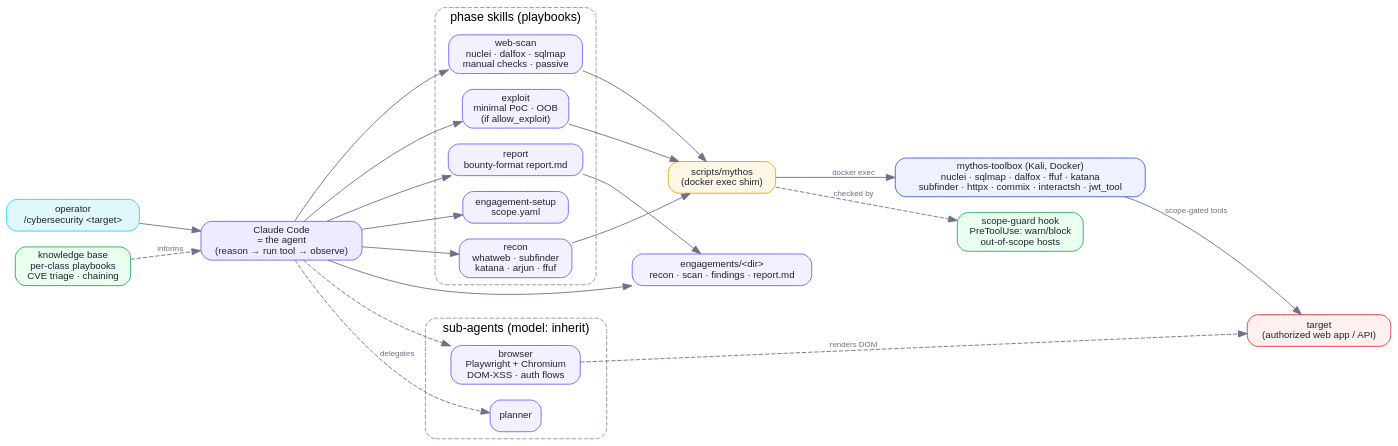
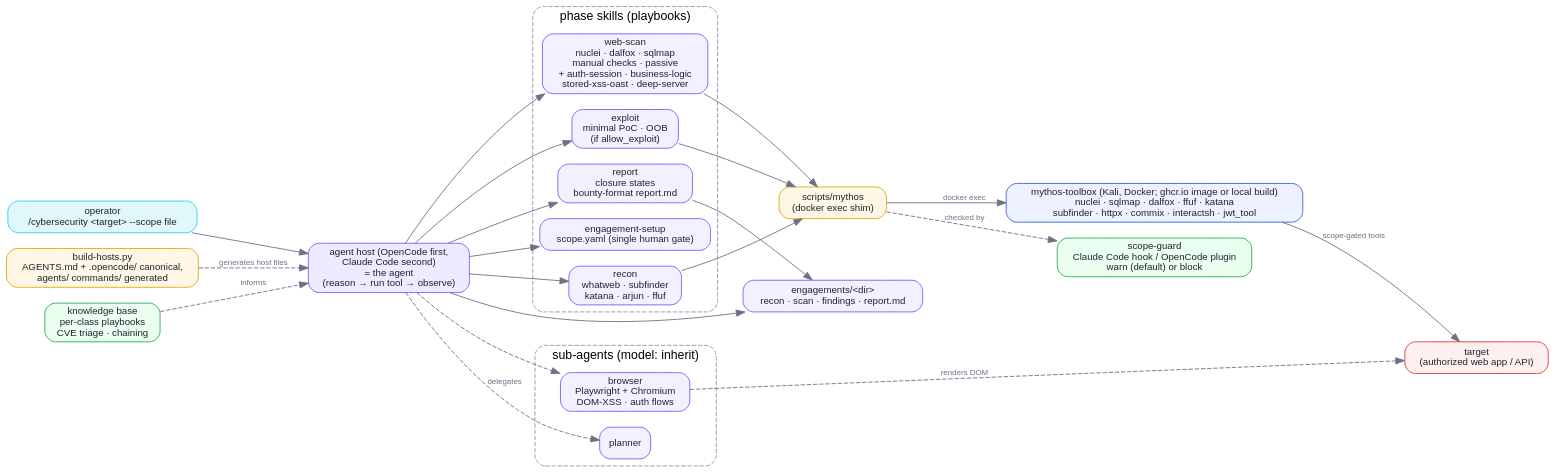
One commit to raphaelbleier/mythos-sec changed the diagram in docs/assets/architecture.dot. Above: the diagram before and after it, drawn with Graphviz. The commit also changed 7 other files, not shown here.

Commit message:
docs: OpenCode-first install, refreshed architecture, poster, roadmap, limitations

```diff
--- a/docs/assets/architecture.dot
+++ b/docs/assets/architecture.dot
@@ -1,48 +1,50 @@
 // Mythos architecture — render: dot -Tsvg architecture.dot -o architecture.svg
 digraph mythos {
   rankdir=LR;
   bgcolor="transparent";
   node [shape=box, style="rounded,filled", fontname="Helvetica", fontsize=11,
         color="#6d5efc", fillcolor="#f3f1ff", fontcolor="#1f2430"];
   edge [color="#6d7086", fontname="Helvetica", fontsize=9, fontcolor="#6d7086"];
 
-  user [label="operator\n/cybersecurity <target>", fillcolor="#e0f7fb", color="#22d3ee"];
+  user [label="operator\n/cybersecurity <target> --scope file", fillcolor="#e0f7fb", color="#22d3ee"];
 
-  cc [label="Claude Code\n= the agent\n(reason → run tool → observe)", fillcolor="#efeaff", color="#6d5efc"];
+  cc [label="agent host (OpenCode first,\nClaude Code second)\n= the agent\n(reason → run tool → observe)", fillcolor="#efeaff", color="#6d5efc"];
 
   subgraph cluster_skills {
     label="phase skills (playbooks)"; style="rounded,dashed"; color="#8b93a7"; fontname="Helvetica";
-    setup   [label="engagement-setup\nscope.yaml"];
+    setup   [label="engagement-setup\nscope.yaml (single human gate)"];
     recon   [label="recon\nwhatweb · subfinder\nkatana · arjun · ffuf"];
-    scan    [label="web-scan\nnuclei · dalfox · sqlmap\nmanual checks · passive"];
+    scan    [label="web-scan\nnuclei · dalfox · sqlmap\nmanual checks · passive\n+ auth-session · business-logic\nstored-xss-oast · deep-server"];
     exploit [label="exploit\nminimal PoC · OOB\n(if allow_exploit)"];
-    report  [label="report\nbounty-format report.md"];
+    report  [label="report\nclosure states\nbounty-format report.md"];
   }
 
   subgraph cluster_agents {
     label="sub-agents (model: inherit)"; style="rounded,dashed"; color="#8b93a7"; fontname="Helvetica";
     planner [label="planner"];
     browser [label="browser\nPlaywright + Chromium\nDOM-XSS · auth flows"];
   }
 
+  gen [label="build-hosts.py\nAGENTS.md + .opencode/ canonical,\nagents/ commands/ generated", fillcolor="#fff7e6", color="#e0a800"];
   know [label="knowledge base\nper-class playbooks\nCVE triage · chaining", fillcolor="#eafff0", color="#1faa59"];
 
   shim    [label="scripts/mythos\n(docker exec shim)", fillcolor="#fff7e6", color="#e0a800"];
-  toolbox [label="mythos-toolbox (Kali, Docker)\nnuclei · sqlmap · dalfox · ffuf · katana\nsubfinder · httpx · commix · interactsh · jwt_tool", fillcolor="#eef2ff", color="#3b5bdb"];
-  hook    [label="scope-guard hook\nPreToolUse: warn/block\nout-of-scope hosts", fillcolor="#eafff0", color="#1faa59"];
+  toolbox [label="mythos-toolbox (Kali, Docker; ghcr.io image or local build)\nnuclei · sqlmap · dalfox · ffuf · katana\nsubfinder · httpx · commix · interactsh · jwt_tool", fillcolor="#eef2ff", color="#3b5bdb"];
+  hook    [label="scope-guard\nClaude Code hook / OpenCode plugin\nwarn (default) or block", fillcolor="#eafff0", color="#1faa59"];
   target  [label="target\n(authorized web app / API)", fillcolor="#fff0f0", color="#e03131"];
   out     [label="engagements/<dir>\nrecon · scan · findings · report.md", fillcolor="#f3f1ff", color="#6d5efc"];
 
   user -> cc;
+  gen -> cc [label="generates host files", style=dashed];
   know -> cc [label="informs", style=dashed];
   cc -> planner [label="delegates", style=dashed];
   cc -> setup; cc -> recon; cc -> scan; cc -> exploit; cc -> report;
   cc -> browser [style=dashed];
   recon -> shim; scan -> shim; exploit -> shim;
   browser -> target [label="renders DOM", style=dashed];
   shim -> toolbox [label="docker exec"];
   shim -> hook [label="checked by", style=dashed];
   toolbox -> target [label="scope-gated tools"];
   cc -> out;
   report -> out;
 }
```
